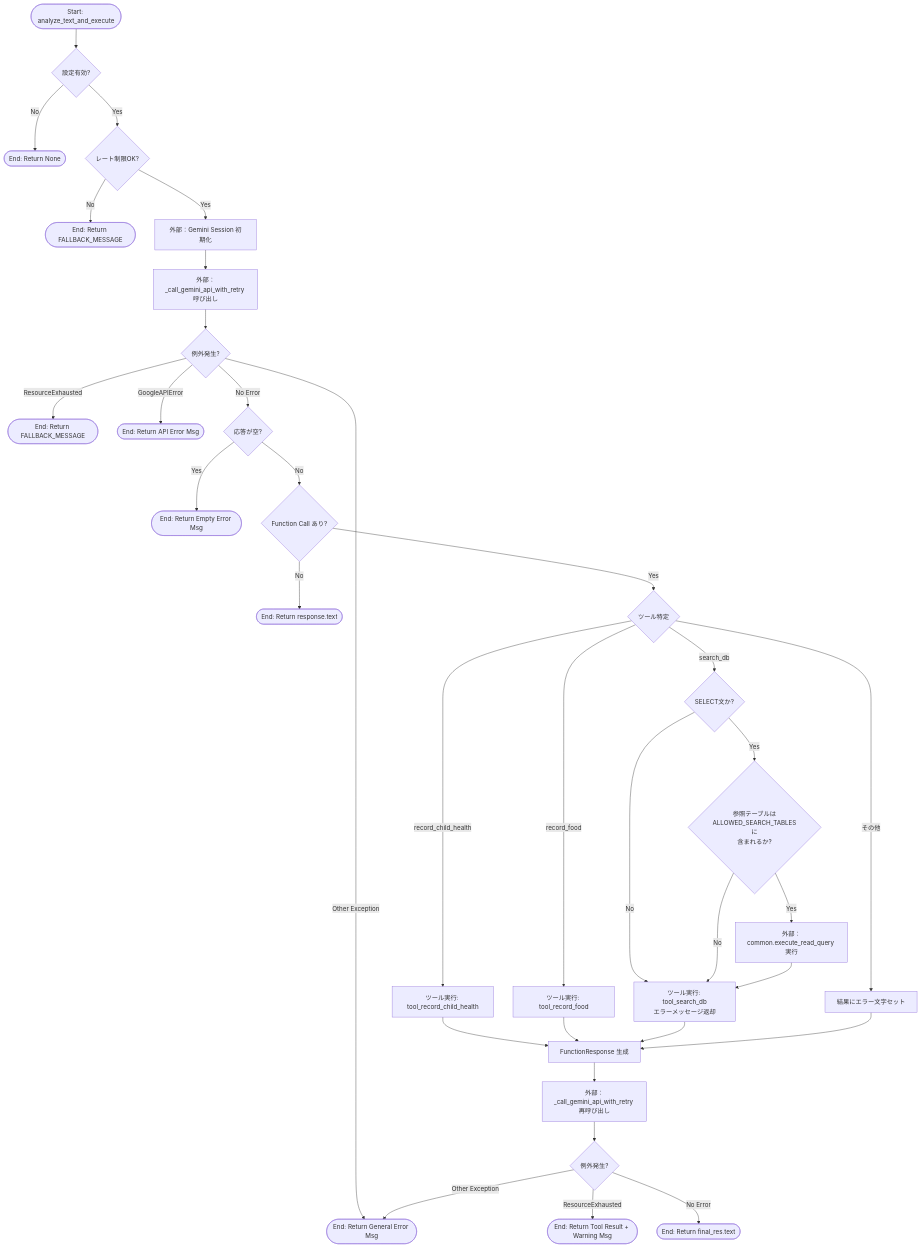
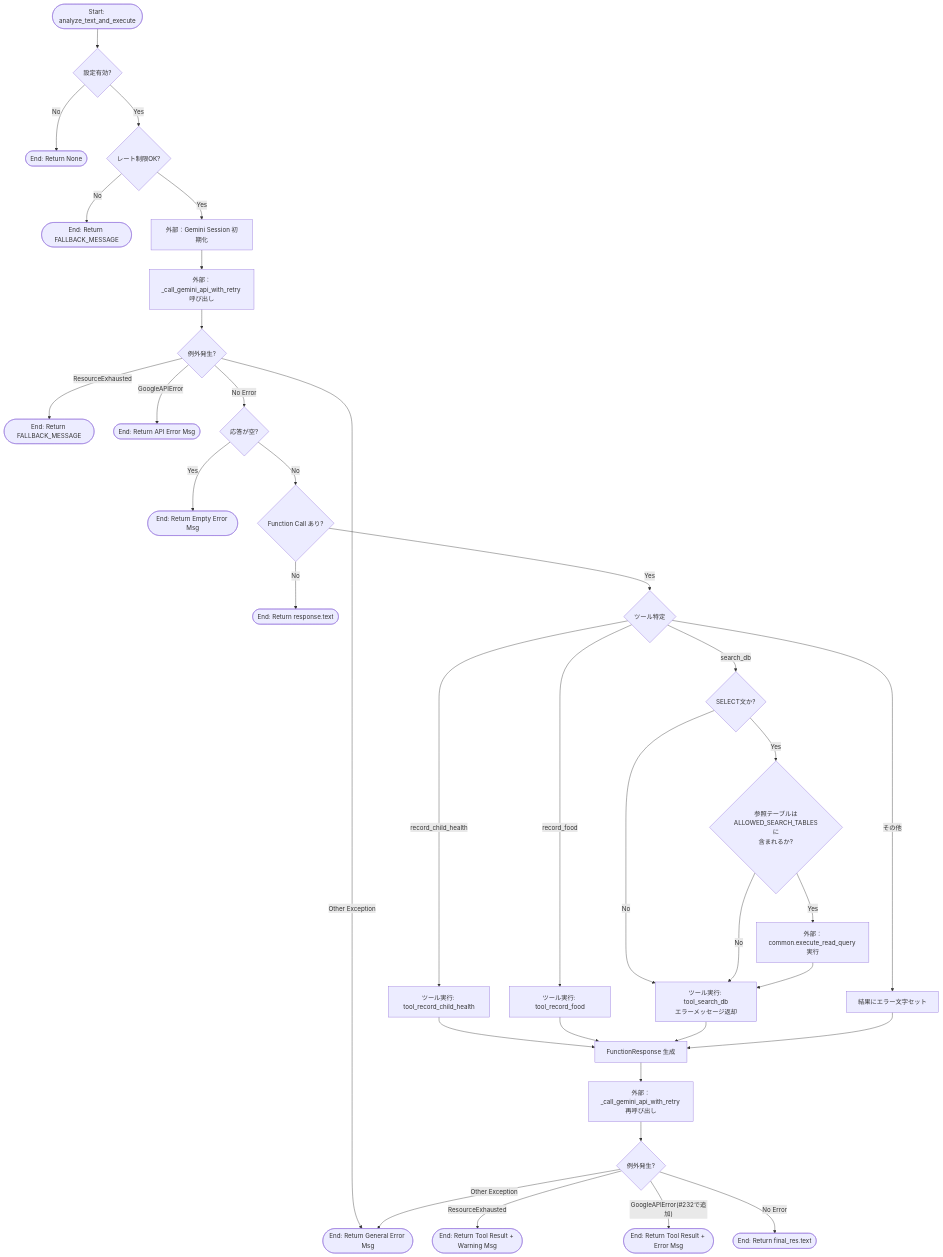
The first of 2 diagrams in docs/specifications/MY_HOME_SYSTEM/ai_service.md (mmtigers/my_python_project), drawn with Mermaid before and after one commit. The commit also changed other lines of this file and 2 other files, not shown here.

````diff
--- a/docs/specifications/MY_HOME_SYSTEM/ai_service.md
+++ b/docs/specifications/MY_HOME_SYSTEM/ai_service.md
@@ -294,45 +294,46 @@
 ```mermaid
 flowchart TD
     Start([Start: analyze_text_and_execute]) --> CheckConfig{設定有効?}
     CheckConfig -- No --> EndNone([End: Return None])
     CheckConfig -- Yes --> CheckLimit{レート制限OK?}
     
     CheckLimit -- No --> EndFallback1([End: Return FALLBACK_MESSAGE])
     CheckLimit -- Yes --> InitChat[外部：Gemini Session 初期化]
     InitChat --> CallAPI1[外部：_call_gemini_api_with_retry 呼び出し]
     
     CallAPI1 --> CheckException1{例外発生?}
     CheckException1 -- "ResourceExhausted" --> EndFallback2([End: Return FALLBACK_MESSAGE])
     CheckException1 -- "GoogleAPIError" --> EndAPIError([End: Return API Error Msg])
     CheckException1 -- "Other Exception" --> EndGeneralError([End: Return General Error Msg])
     
     CheckException1 -- "No Error" --> CheckEmpty{応答が空?}
     CheckEmpty -- Yes --> EndEmptyError([End: Return Empty Error Msg])
     CheckEmpty -- No --> CheckTool{Function Call あり?}
     
     CheckTool -- No --> ReturnText([End: Return response.text])
     
     CheckTool -- Yes --> IdentifyTool{ツール特定}
     IdentifyTool -- "record_child_health" --> RunHealth[ツール実行: tool_record_child_health]
     IdentifyTool -- "record_food" --> RunFood[ツール実行: tool_record_food]
     IdentifyTool -- "search_db" --> CheckSelect{"SELECT文か?"}
     CheckSelect -- No --> RunSearch[ツール実行: tool_search_db<br>エラーメッセージ返却]
     CheckSelect -- Yes --> CheckTableAllowed{"参照テーブルは<br>ALLOWED_SEARCH_TABLESに<br>含まれるか?"}
     CheckTableAllowed -- No --> RunSearch
     CheckTableAllowed -- Yes --> RunSearchOk[外部：common.execute_read_query 実行]
     RunSearchOk --> RunSearch
     IdentifyTool -- "その他" --> SetUnknownError[結果にエラー文字セット]
     
     RunHealth --> BuildFuncRes[FunctionResponse 生成]
     RunFood --> BuildFuncRes
     RunSearch --> BuildFuncRes
     SetUnknownError --> BuildFuncRes
     
     BuildFuncRes --> CallAPI2[外部：_call_gemini_api_with_retry 再呼び出し]
     CallAPI2 --> CheckException2{例外発生?}
     
     CheckException2 -- "ResourceExhausted" --> EndToolOnly([End: Return Tool Result + Warning Msg])
+    CheckException2 -- "GoogleAPIError(#232で追加)" --> EndToolOnlyApiErr([End: Return Tool Result + Error Msg])
     CheckException2 -- "Other Exception" --> EndGeneralError
     CheckException2 -- "No Error" --> ReturnFinalText([End: Return final_res.text])
 
 ```
````
